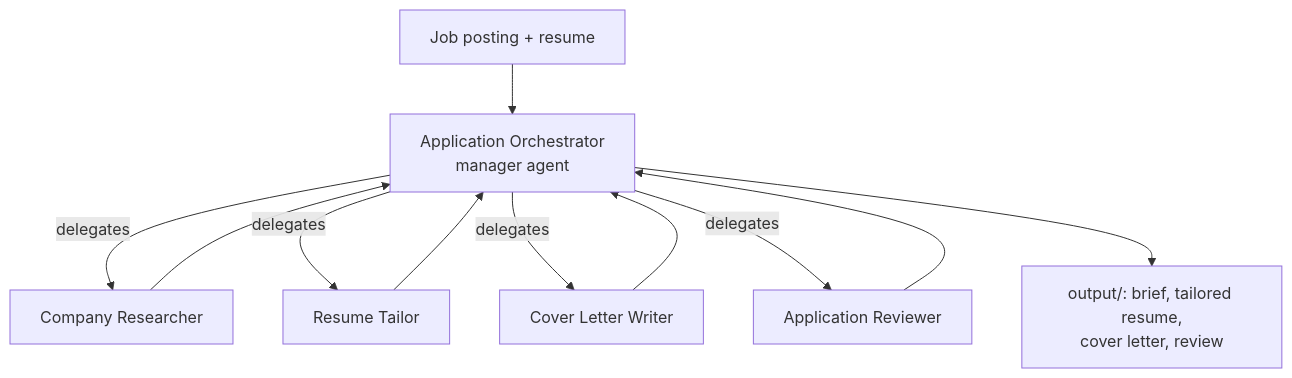
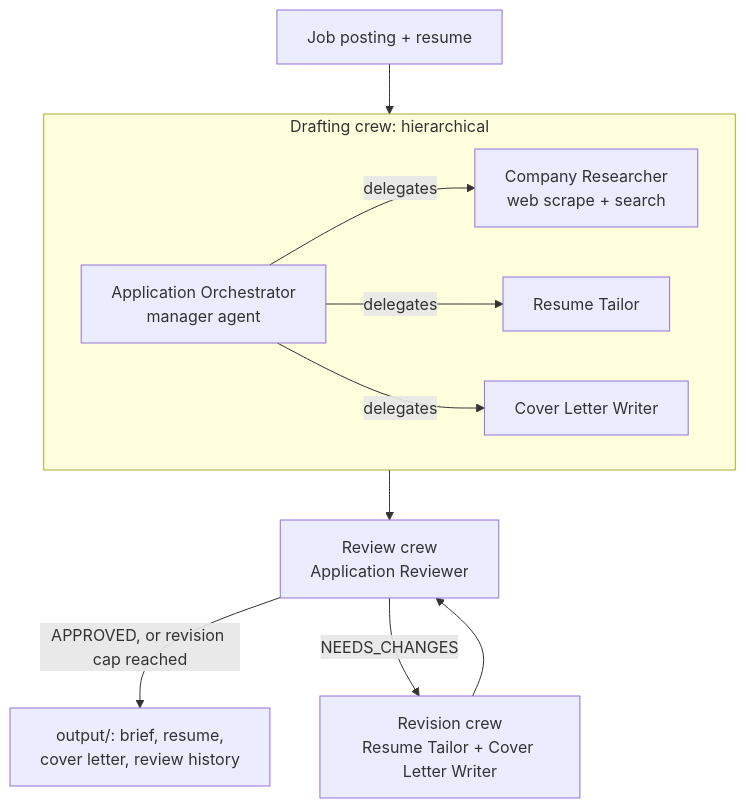
The diagram in README.md (khushim14/offerpilot), drawn with Mermaid before and after one commit. The commit also changed other lines of this file and 6 other files, not shown here.

Commit message:
Step 3: review loop with CrewAI Flow and structured reviewer verdicts

````diff
--- a/README.md
+++ b/README.md
@@ -9,13 +11,15 @@
 ```mermaid
 flowchart TD
-    U[Job posting + resume] --> O[Application Orchestrator<br/>manager agent]
-    O -->|delegates| R[Company Researcher]
-    O -->|delegates| T[Resume Tailor]
-    O -->|delegates| W[Cover Letter Writer]
-    O -->|delegates| Q[Application Reviewer]
-    R --> O
-    T --> O
-    W --> O
-    Q --> O
-    O --> OUT[output/: brief, tailored resume,<br/>cover letter, review]
+    IN[Job posting + resume] --> D
+
+    subgraph D[Drafting crew: hierarchical]
+        O[Application Orchestrator<br/>manager agent] -->|delegates| R[Company Researcher<br/>web scrape + search]
+        O -->|delegates| T[Resume Tailor]
+        O -->|delegates| W[Cover Letter Writer]
+    end
+
+    D --> RV[Review crew<br/>Application Reviewer]
+    RV -->|APPROVED, or revision cap reached| OUT[output/: brief, resume,<br/>cover letter, review history]
+    RV -->|NEEDS_CHANGES| RE[Revision crew<br/>Resume Tailor + Cover Letter Writer]
+    RE --> RV
 ```
````
